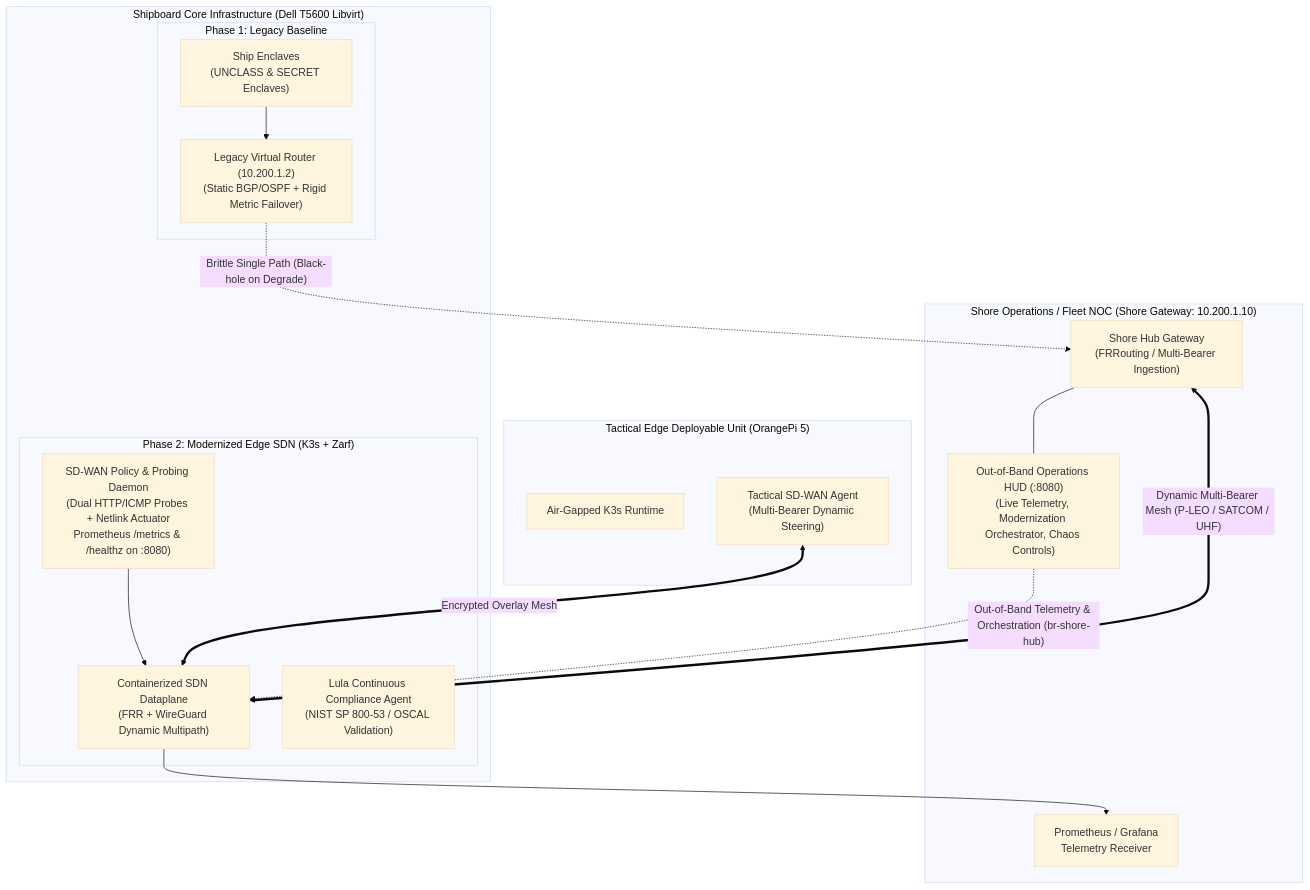
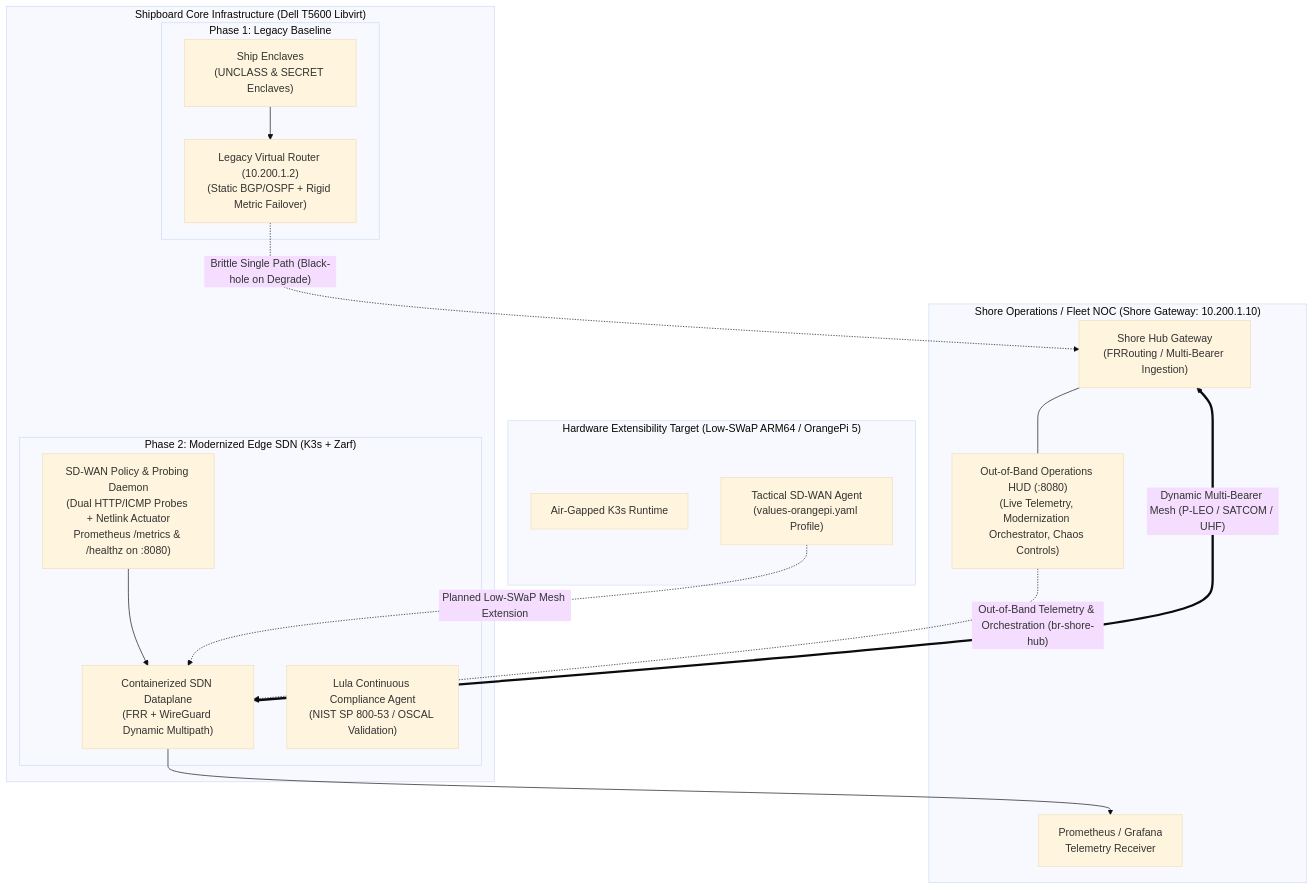
The diagram in README.md (celttechie/tactical-edge-sdn), drawn with Mermaid (base theme) before and after one commit. The commit also changed other lines of this file and 18 other files, not shown here.

````diff
--- a/README.md
+++ b/README.md
@@ -11,37 +11,37 @@
 ```mermaid
 flowchart TD
     subgraph ShoreCloud["Shore Operations / Fleet NOC (Shore Gateway: 10.200.1.10)"]
         AWS_GW["Shore Hub Gateway\n(FRRouting / Multi-Bearer Ingestion)"]
         AWS_HUD["Out-of-Band Operations HUD (:8080)\n(Live Telemetry, Modernization Orchestrator, Chaos Controls)"]
         AWS_MON["Prometheus / Grafana\nTelemetry Receiver"]
         AWS_GW --- AWS_HUD
     end
 
     subgraph ShipboardT5600["Shipboard Core Infrastructure (Dell T5600 Libvirt)"]
         subgraph LegacyCANES["Phase 1: Legacy Baseline"]
             VM_LEGACY_ROUTER["Legacy Virtual Router (10.200.1.2)\n(Static BGP/OSPF + Rigid Metric Failover)"]
             VM_LEGACY_ENCLAVE["Ship Enclaves\n(UNCLASS & SECRET Enclaves)"]
         end
 
         subgraph ModernCANES["Phase 2: Modernized Edge SDN (K3s + Zarf)"]
             CNF_ROUTER["Containerized SDN Dataplane\n(FRR + WireGuard Dynamic Multipath)"]
             SDN_CTRL["SD-WAN Policy & Probing Daemon\n(Dual HTTP/ICMP Probes + Netlink Actuator\nPrometheus /metrics & /healthz on :8080)"]
             LULA_AUDIT["Lula Continuous Compliance Agent\n(NIST SP 800-53 / OSCAL Validation)"]
         end
     end
 
-    subgraph TacticalEdge["Tactical Edge Deployable Unit (OrangePi 5)"]
+    subgraph TacticalExtensibility["Hardware Extensibility Target (Low-SWaP ARM64 / OrangePi 5)"]
         OPI_K3S["Air-Gapped K3s Runtime"]
-        OPI_SDWAN["Tactical SD-WAN Agent\n(Multi-Bearer Dynamic Steering)"]
+        OPI_SDWAN["Tactical SD-WAN Agent\n(values-orangepi.yaml Profile)"]
     end
 
     %% Network Connections
     VM_LEGACY_ENCLAVE --> VM_LEGACY_ROUTER
     VM_LEGACY_ROUTER -.->|"Brittle Single Path (Black-hole on Degrade)"| AWS_GW
 
     CNF_ROUTER <==>|"Dynamic Multi-Bearer Mesh (P-LEO / SATCOM / UHF)"| AWS_GW
     SDN_CTRL --> CNF_ROUTER
-    OPI_SDWAN <==>|"Encrypted Overlay Mesh"| CNF_ROUTER
+    OPI_SDWAN -.->|"Planned Low-SWaP Mesh Extension"| CNF_ROUTER
     CNF_ROUTER --> AWS_MON
     AWS_HUD -.->|"Out-of-Band Telemetry & Orchestration (br-shore-hub)"| CNF_ROUTER
 ```
````
